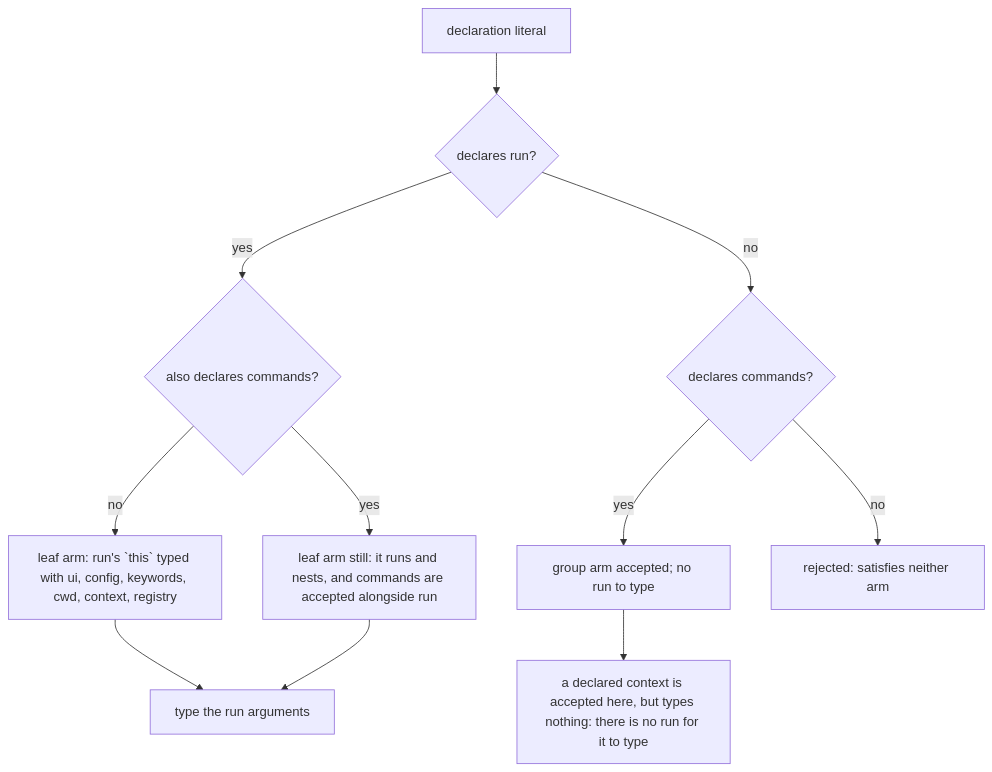
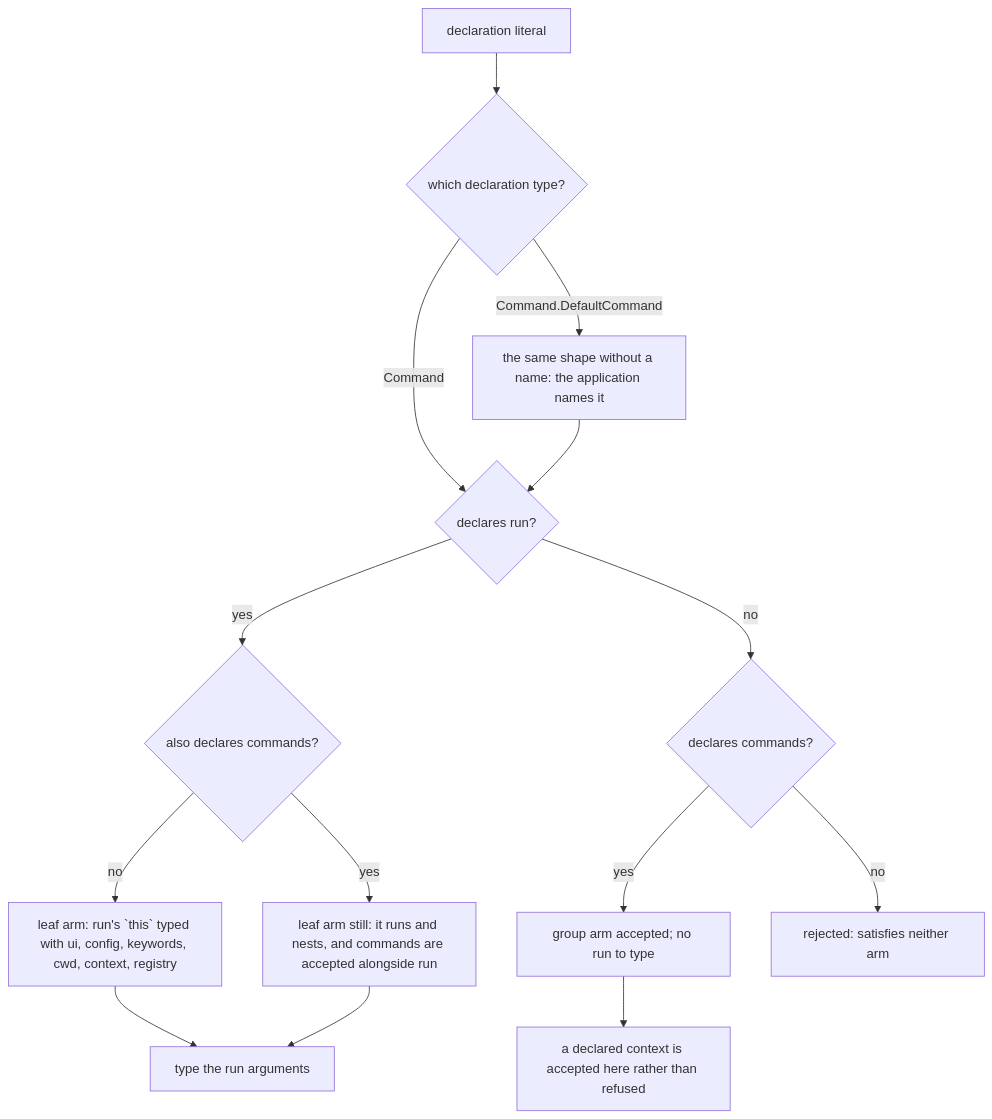
Before and after one commit to clibuilder/clibuilder: the first of 3 diagrams in packages/clibuilder/.agents/spec/command-definition/README.md, drawn with Mermaid. The commit also changed other lines of this file and 1 other file, not shown here.

````diff
--- a/packages/clibuilder/.agents/spec/command-definition/README.md
+++ b/packages/clibuilder/.agents/spec/command-definition/README.md
@@ -140,13 +141,16 @@
 ```mermaid
 graph TD
-  D[declaration literal] --> R{declares run?}
+  D[declaration literal] --> ND{which declaration type?}
+  ND -- "Command" --> R{declares run?}
+  ND -- "Command.DefaultCommand" --> DFC[the same shape without a name: the application names it]
+  DFC --> R
   R -- yes --> RN{also declares commands?}
   RN -- no --> RC[leaf arm: run's `this` typed with ui, config, keywords, cwd, context, registry]
   RN -- yes --> RB[leaf arm still: it runs and nests, and commands are accepted alongside run]
   R -- no --> C{declares commands?}
   C -- yes --> GC[group arm accepted; no run to type]
-  GC --> GCX[a declared context is accepted here, but types nothing: there is no run for it to type]
+  GC --> GCX[a declared context is accepted here rather than refused]
   C -- no --> X[rejected: satisfies neither arm]
   RC --> ARGS[type the run arguments]
   RB --> ARGS
 ```
````
